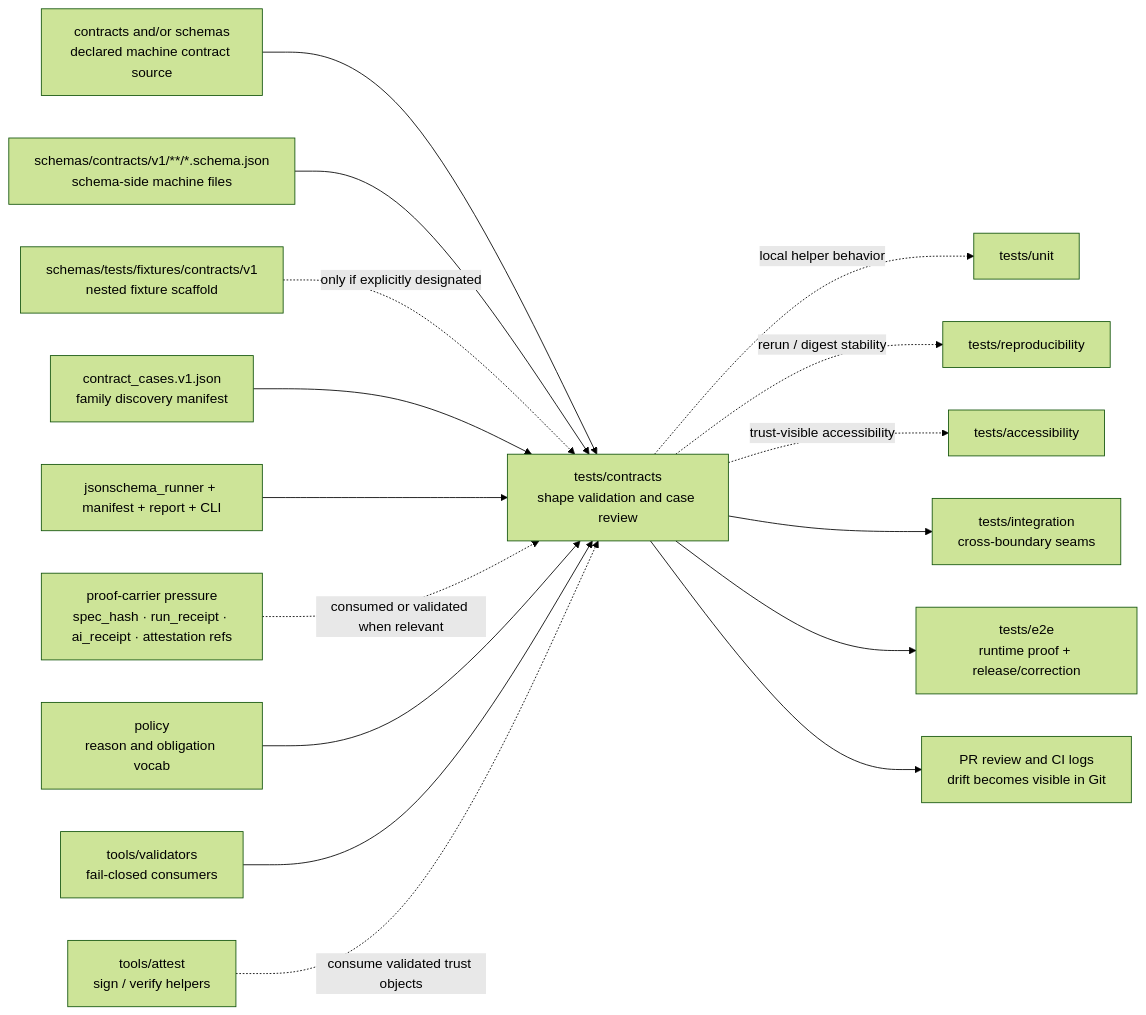
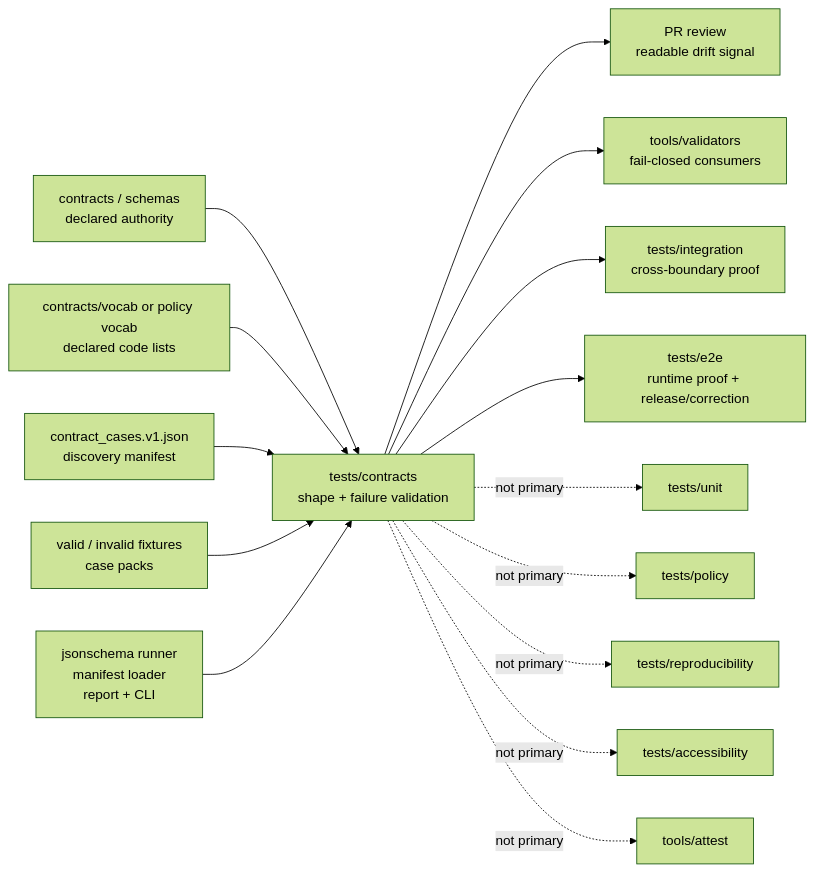
The diagram in tests/contracts/README.md (bartytime4life/Kansas-Frontier-Matrix), drawn with Mermaid (forest theme) before and after one commit. The commit also changed other lines of this file, not shown here.

````diff
--- a/tests/contracts/README.md
+++ b/tests/contracts/README.md
@@ -740,18 +574,19 @@
 ```mermaid
 flowchart LR
-    D[contracts and/or schemas<br/>declared machine contract source] --> C[tests/contracts<br/>shape validation and case review]
-    S[schemas/contracts/v1/**/*.schema.json<br/>schema-side machine files] --> C
-    F[schemas/tests/fixtures/contracts/v1<br/>nested fixture scaffold] -. only if explicitly designated .-> C
-    M[contract_cases.v1.json<br/>family discovery manifest] --> C
-    R[jsonschema_runner + manifest + report + CLI] --> C
-    Q[proof-carrier pressure<br/>spec_hash · run_receipt · ai_receipt · attestation refs] -. consumed or validated when relevant .-> C
-    P[policy<br/>reason and obligation vocab] --> C
-    V[tools/validators<br/>fail-closed consumers] --> C
-    A[tools/attest<br/>sign / verify helpers] -. consume validated trust objects .-> C
-    C -. local helper behavior .-> U[tests/unit]
-    C -. rerun / digest stability .-> X[tests/reproducibility]
-    C -. trust-visible accessibility .-> Y[tests/accessibility]
-    C --> I[tests/integration<br/>cross-boundary seams]
+    A[contracts / schemas<br/>declared authority] --> C[tests/contracts<br/>shape + failure validation]
+    V[contracts/vocab or policy vocab<br/>declared code lists] --> C
+    M[contract_cases.v1.json<br/>discovery manifest] --> C
+    F[valid / invalid fixtures<br/>case packs] --> C
+    R[jsonschema runner<br/>manifest loader<br/>report + CLI] --> C
+
+    C --> Q[PR review<br/>readable drift signal]
+    C --> T[tools/validators<br/>fail-closed consumers]
+    C --> I[tests/integration<br/>cross-boundary proof]
     C --> E[tests/e2e<br/>runtime proof + release/correction]
-    C --> G[PR review and CI logs<br/>drift becomes visible in Git]
+
+    C -. not primary .-> U[tests/unit]
+    C -. not primary .-> P[tests/policy]
+    C -. not primary .-> X[tests/reproducibility]
+    C -. not primary .-> A11Y[tests/accessibility]
+    C -. not primary .-> S[tools/attest]
 ```
````
